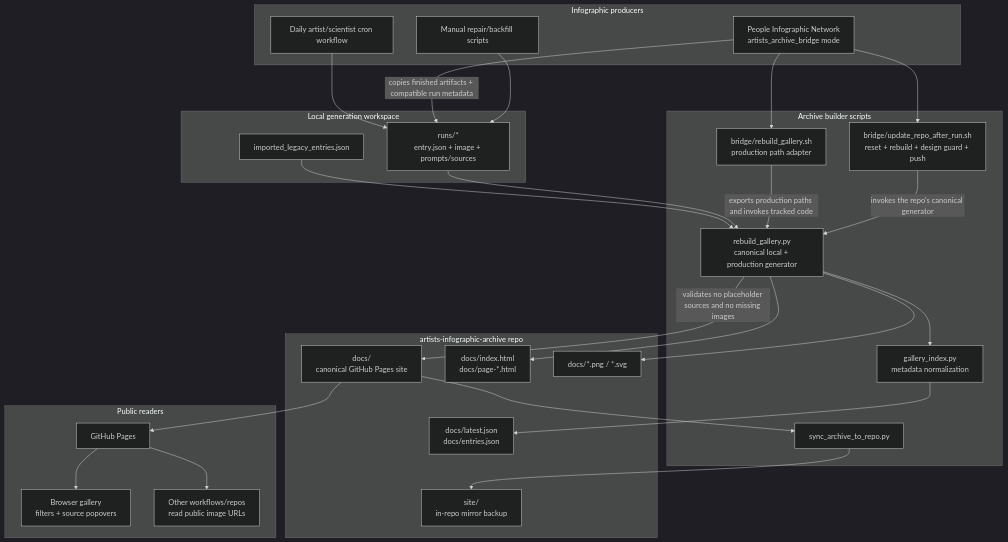
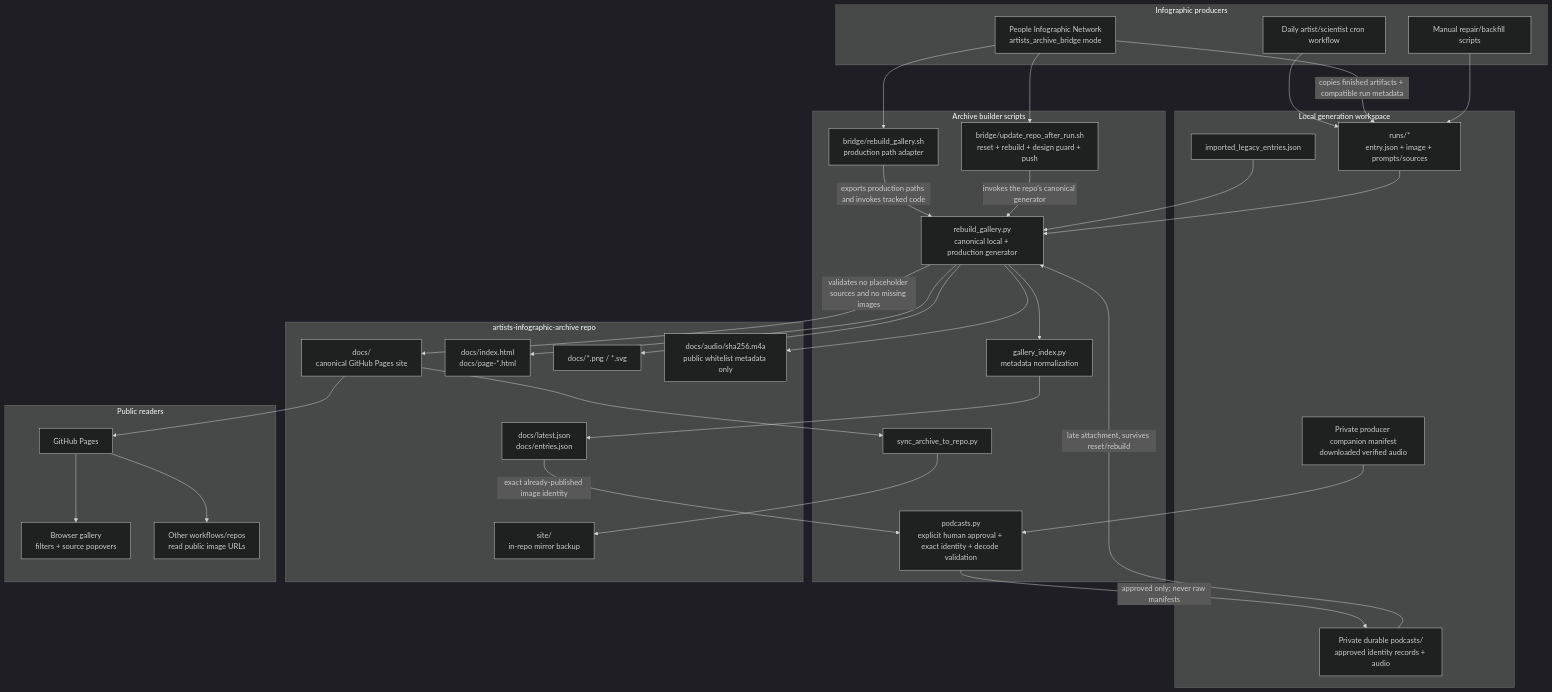
One commit to Lukafin/artists-infographic-archive changed the diagram in ARCHITECTURE.md. Above: the diagram before and after it, drawn with Mermaid (dark theme). The commit also changed other lines of this file and 60 other files, not shown here.

````diff
--- a/ARCHITECTURE.md
+++ b/ARCHITECTURE.md
@@ -7,55 +7,64 @@
 ```mermaid
 flowchart TD
     subgraph Producers["Infographic producers"]
         Cron["Daily artist/scientist cron workflow"]
         PeopleNet["People Infographic Network\nartists_archive_bridge mode"]
         Manual["Manual repair/backfill scripts"]
     end
 
     subgraph Workspace["Local generation workspace"]
         Runs["runs/*\nentry.json + image + prompts/sources"]
         Legacy["imported_legacy_entries.json"]
+        Companion["Private producer companion manifest\ndownloaded verified audio"]
+        Store["Private durable podcasts/\napproved identity records + audio"]
     end
 
     subgraph Builder["Archive builder scripts"]
         Rebuild["rebuild_gallery.py\ncanonical local + production generator"]
         Index["gallery_index.py\nmetadata normalization"]
         Bridge["bridge/rebuild_gallery.sh\nproduction path adapter"]
         Publish["bridge/update_repo_after_run.sh\nreset + rebuild + design guard + push"]
         Sync["sync_archive_to_repo.py"]
+        Import["podcasts.py\nexplicit human approval + exact identity + decode validation"]
     end
 
     subgraph Repo["artists-infographic-archive repo"]
         Docs["docs/\ncanonical GitHub Pages site"]
         Site["site/\nin-repo mirror backup"]
         Metadata["docs/latest.json\ndocs/entries.json"]
         Pages["docs/index.html\ndocs/page-*.html"]
         Images["docs/*.png / *.svg"]
+        Audio["docs/audio/sha256.m4a\npublic whitelist metadata only"]
     end
 
     subgraph Public["Public readers"]
         GitHubPages["GitHub Pages"]
         Browser["Browser gallery\nfilters + source popovers"]
         OtherRepos["Other workflows/repos\nread public image URLs"]
     end
 
     Cron --> Runs
     PeopleNet -->|copies finished artifacts + compatible run metadata| Runs
     Manual --> Runs
     Legacy --> Rebuild
     Runs --> Rebuild
+    Companion --> Import
+    Metadata -->|exact already-published image identity| Import
+    Import -->|approved only; never raw manifests| Store
+    Store -->|late attachment, survives reset/rebuild| Rebuild
     PeopleNet --> Bridge
     Bridge -->|exports production paths and invokes tracked code| Rebuild
     PeopleNet --> Publish
     Publish -->|invokes the repo's canonical generator| Rebuild
     Rebuild --> Index
     Index --> Metadata
     Rebuild --> Pages
     Rebuild --> Images
+    Rebuild --> Audio
     Rebuild -->|validates no placeholder sources and no missing images| Docs
     Docs --> Sync
     Sync --> Site
     Docs --> GitHubPages
     GitHubPages --> Browser
     GitHubPages --> OtherRepos
 ```
````
